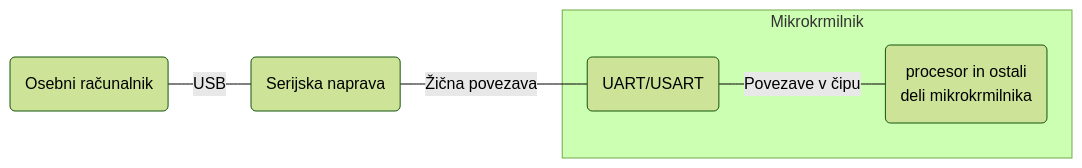
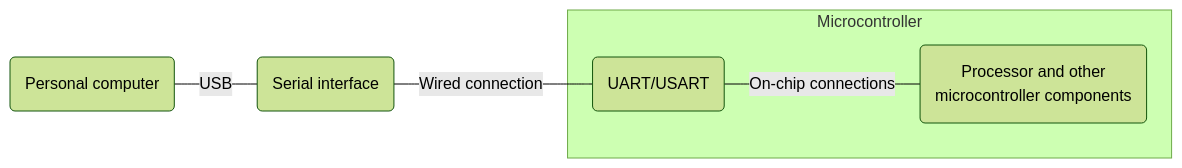
The second of 3 diagrams in en/arduino-demo/uporaba-serijske-komunikacije.md (fsprojekti/wiki), drawn with Mermaid (forest theme) before and after one commit. The commit also changed other lines of this file and 24 other files, not shown here.

````diff
--- a/en/arduino-demo/uporaba-serijske-komunikacije.md
+++ b/en/arduino-demo/uporaba-serijske-komunikacije.md
@@ -14,8 +14,8 @@
 ```mermaid
 graph LR
-  A(Osebni računalnik)---|USB|B(Serijska naprava)
-   B---|Žična povezava|C(UART/USART)
-   subgraph Mikrokrmilnik
-   C---|Povezave v čipu|D(procesor in ostali <br> deli mikrokrmilnika)
+  A(Personal computer)---|USB|B(Serial interface)
+   B---|Wired connection|C(UART/USART)
+   subgraph Microcontroller
+   C---|On-chip connections|D(Processor and other <br> microcontroller components)
    end
 ```
````
